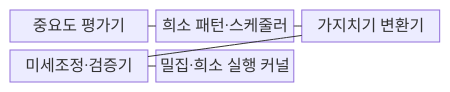
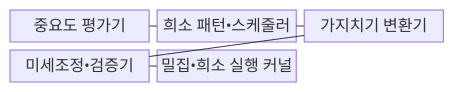
One commit to agnusdei1207/knowledge-base changed the first of 2 diagrams in src/content/docs/notes/08-latest-tech/055_model_pruning.md. Above: the diagram before and after it, drawn with Mermaid. The commit also changed other lines of this file and 953 other files, not shown here.

````diff
--- a/src/content/docs/notes/08-latest-tech/055_model_pruning.md
+++ b/src/content/docs/notes/08-latest-tech/055_model_pruning.md
@@ -71,13 +71,13 @@
 ```mermaid
 block-beta
   columns 3
   A["중요도 평가기"]
-  B["희소 패턴·스케줄러"]
+  B["희소 패턴•스케줄러"]
   C["가지치기 변환기"]
-  D["미세조정·검증기"]
-  E["밀집·희소 실행 커널"]
+  D["미세조정•검증기"]
+  E["밀집•희소 실행 커널"]
   A --- B
   B --- C
   C --- D
   D --- E
 ```
````
